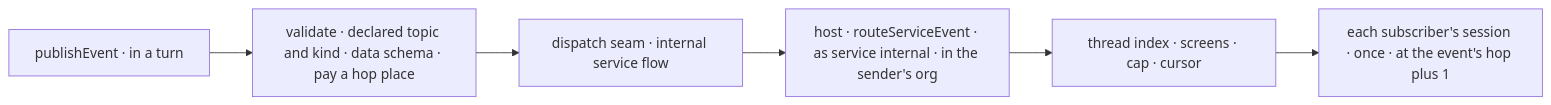
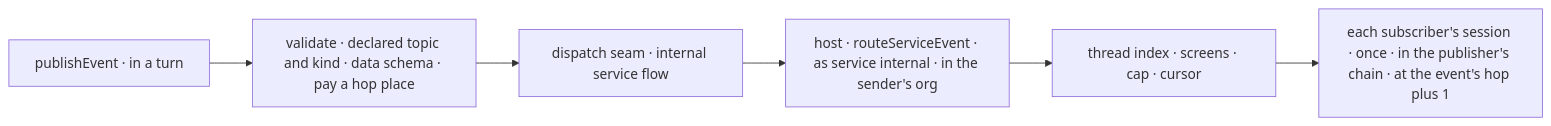
Before and after one commit to fixpoint-labs/flow-state-dev: the second of 2 diagrams in specs/issues/FIX-2630/SPEC.md, drawn with Mermaid. The commit also changed other lines of this file and 1 other file, not shown here.

First line of the commit message:
spec(FIX-2630): a publish carries its chain, so a fan-out shares one budget; Q1 now recommends own-user

````diff
--- a/specs/issues/FIX-2630/SPEC.md
+++ b/specs/issues/FIX-2630/SPEC.md
@@ -87,8 +91,8 @@
 ```mermaid
 flowchart LR
   P["publishEvent · in a turn"] --> V["validate · declared topic and kind · data schema · pay a hop place"]
   V --> S["dispatch seam · internal service flow"]
   S --> R["host · routeServiceEvent · as service internal · in the sender's org"]
   R --> N["thread index · screens · cap · cursor"]
-  N --> M["each subscriber's session · once · at the event's hop plus 1"]
+  N --> M["each subscriber's session · once · in the publisher's chain · at the event's hop plus 1"]
 ```
````
